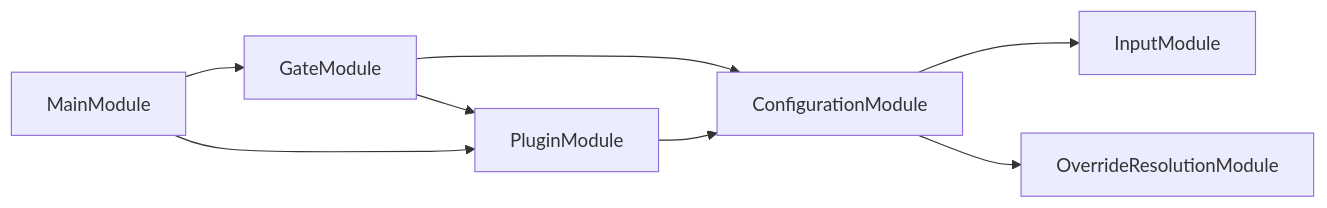
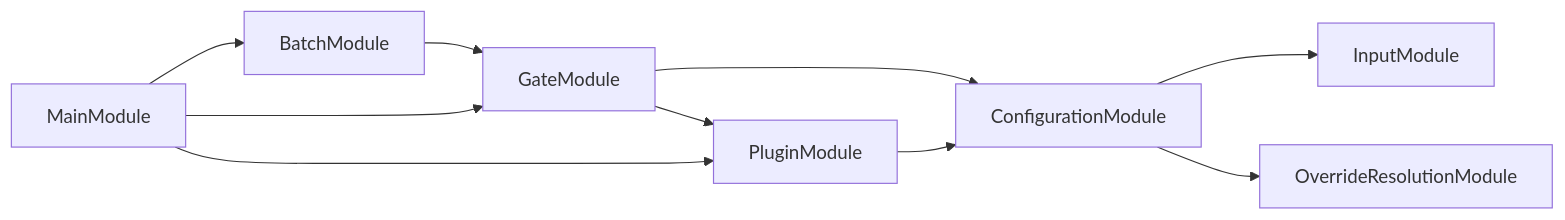
One commit to organizzolini/codebase changed the second of 3 diagrams in projects/ic-suite/codependix/codependix-nx/README.md. Above: the diagram before and after it, drawn with Mermaid. The commit also changed other lines of this file and 207 other files, not shown here.

````diff
--- a/projects/ic-suite/codependix/codependix-nx/README.md
+++ b/projects/ic-suite/codependix/codependix-nx/README.md
@@ -243,16 +243,19 @@
 ```mermaid
 flowchart LR
+  BatchModule
   ConfigurationModule
   GateModule
   InputModule
   MainModule
   OverrideResolutionModule
   PluginModule
+  BatchModule --> GateModule
   ConfigurationModule --> InputModule
   ConfigurationModule --> OverrideResolutionModule
   GateModule --> ConfigurationModule
   GateModule --> PluginModule
+  MainModule --> BatchModule
   MainModule --> GateModule
   MainModule --> PluginModule
   PluginModule --> ConfigurationModule
 ```
````
